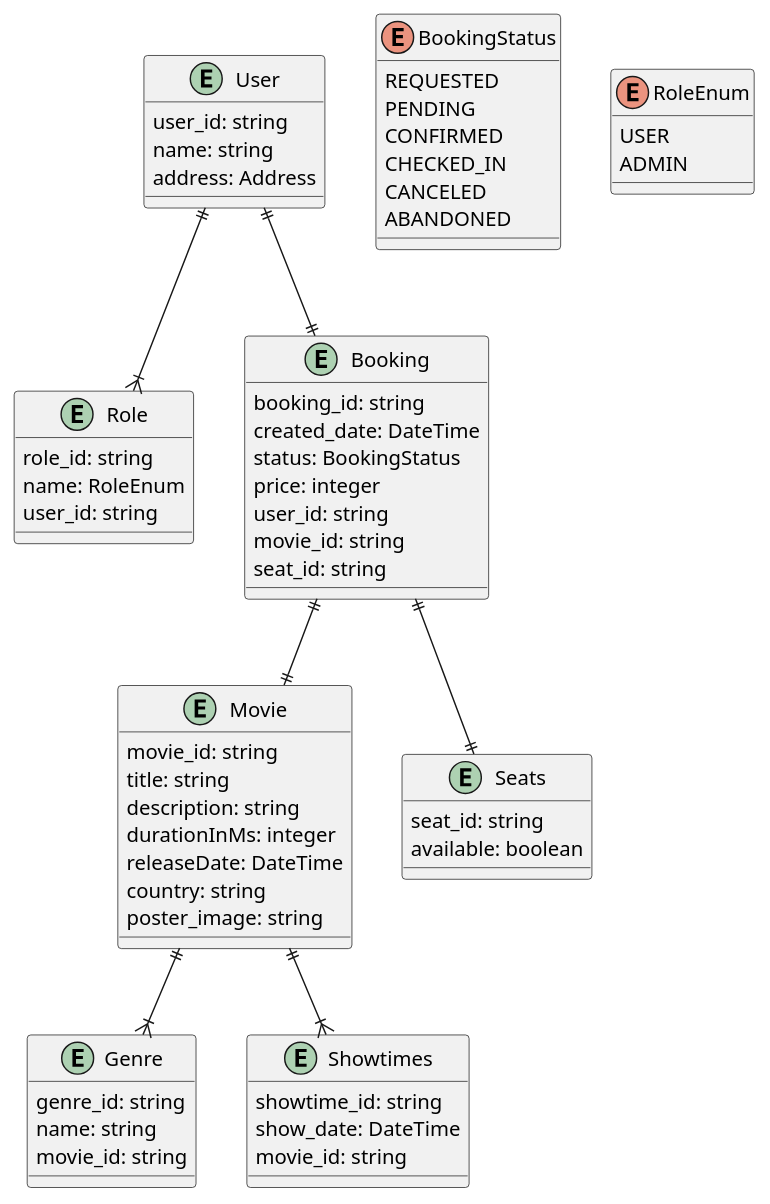
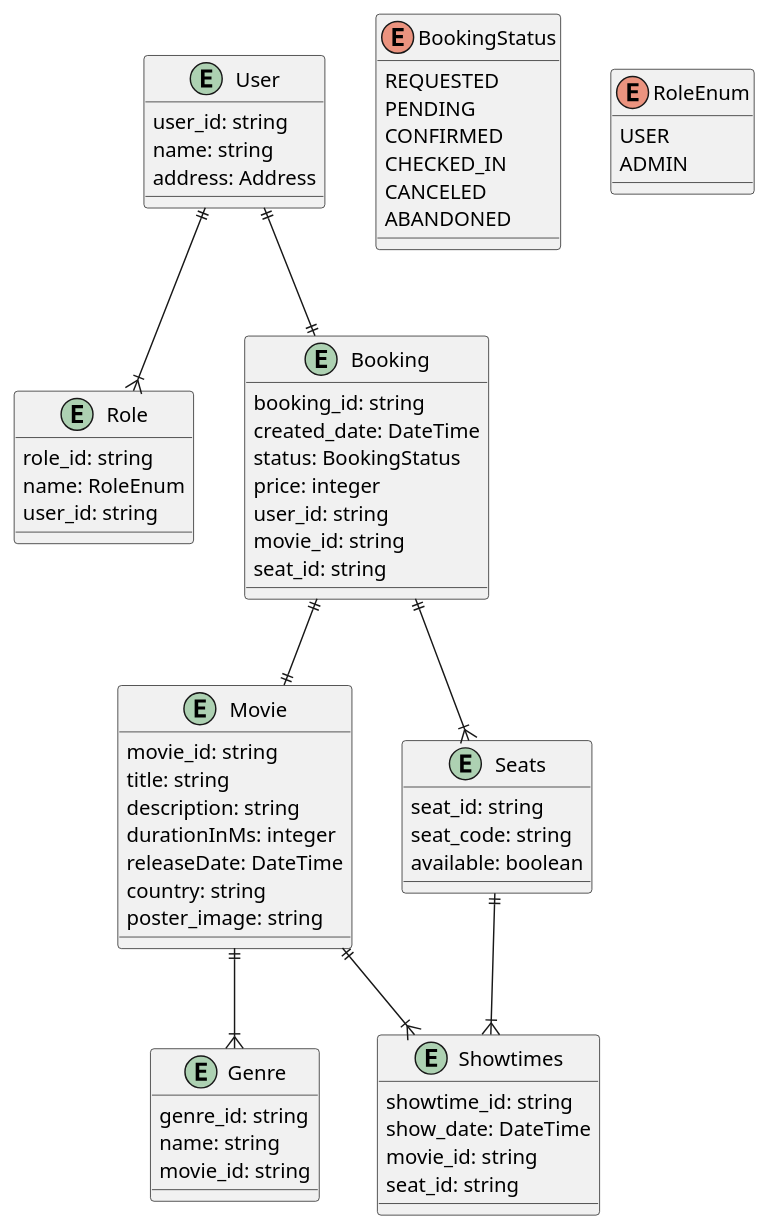
One commit to putra4648/movie-rsvp-ticket changed the diagram in diagram.wsd. Above: the diagram before and after it, drawn with PlantUML.

Commit message:
chore: update diagram

```diff
--- a/diagram.wsd
+++ b/diagram.wsd
@@ -1,73 +1,76 @@
 @startuml Movie_Reservation_System
 entity User {
     user_id: string
     name: string
     address: Address
 }
 
 entity Role {
     role_id: string 
     name: RoleEnum
     user_id: string
 }
 
 entity Movie {
     movie_id: string
     title: string
     description: string
     durationInMs: integer
     releaseDate: DateTime
     country: string
     poster_image: string
 }
 
 
 entity Genre {
     genre_id: string
     name: string
     movie_id: string
 }
 
 entity Booking {
     booking_id: string
     created_date: DateTime
     status: BookingStatus
     price: integer
     user_id: string
     movie_id: string
     seat_id: string
 }
 
 entity Seats {
     seat_id: string
+    seat_code: string
     available: boolean
 }
 
 entity Showtimes {
     showtime_id: string
     show_date: DateTime
     movie_id: string
+    seat_id: string
 }
 
 enum BookingStatus {
     REQUESTED
     PENDING
     CONFIRMED
     CHECKED_IN
     CANCELED
     ABANDONED
 }
 enum RoleEnum {
     USER
     ADMIN
 }
 
 Movie ||--|{ Genre
 Movie ||--|{ Showtimes
 User ||--|| Booking
 User ||--|{ Role
-Booking ||--|| Seats
+Booking ||--|{ Seats
 Booking ||--|| Movie
+Seats ||--|{ Showtimes
 
 
 @enduml
```
